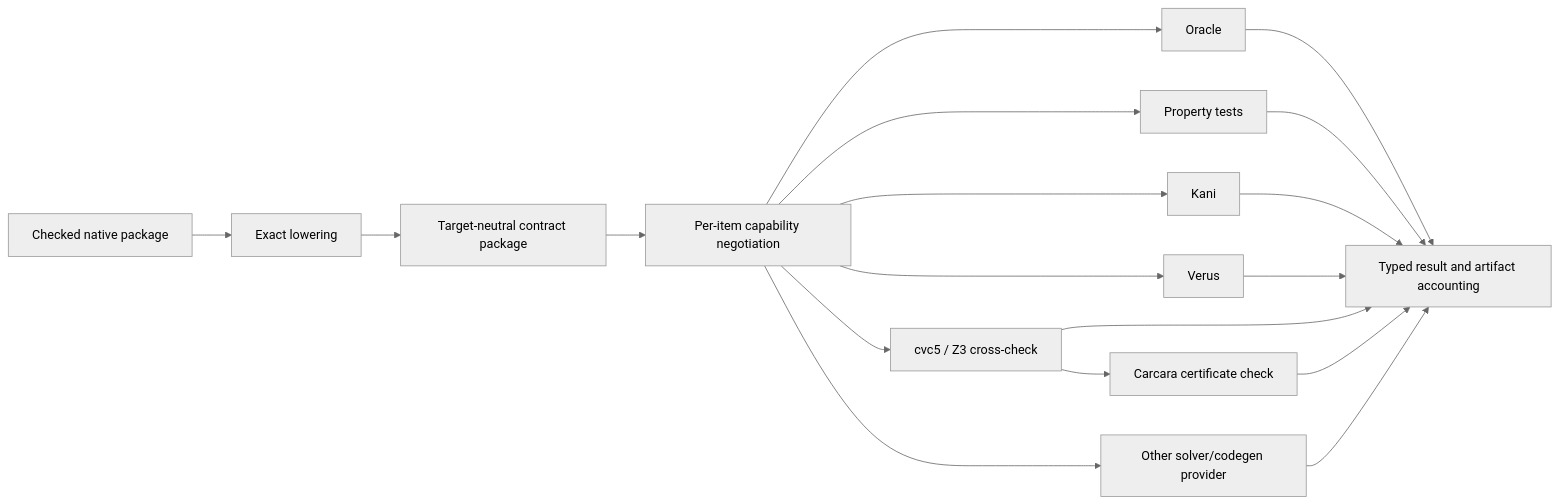
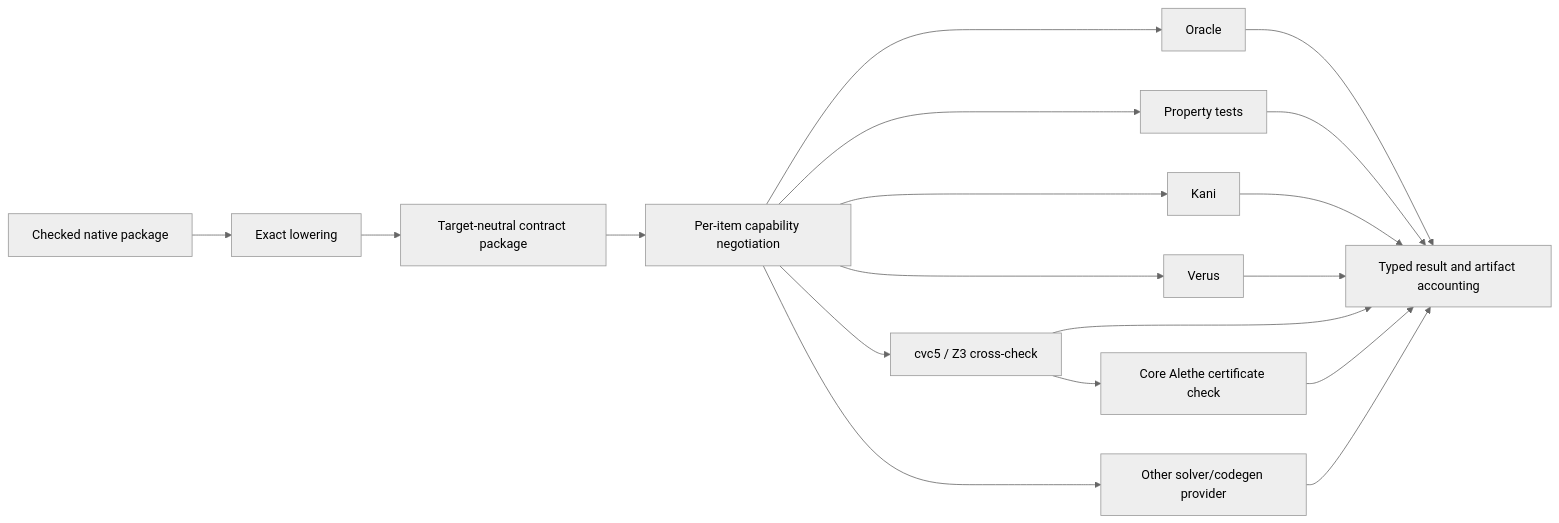
One commit to agent-ix/quire-specification changed the diagram in spec/assurance/AD-010-target-neutral-ir-backends.md. Above: the diagram before and after it, drawn with Mermaid (neutral theme). The commit also changed other lines of this file and 14 other files, not shown here.

````diff
--- a/spec/assurance/AD-010-target-neutral-ir-backends.md
+++ b/spec/assurance/AD-010-target-neutral-ir-backends.md
@@ -43,20 +44,20 @@
 ```mermaid
 flowchart LR
   N[Checked native package] --> L[Exact lowering]
   L --> I[Target-neutral contract package]
   I --> Q[Per-item capability negotiation]
   Q --> O[Oracle]
   Q --> P[Property tests]
   Q --> K[Kani]
   Q --> M[cvc5 / Z3 cross-check]
   Q --> V2[Verus]
   Q --> S[Other solver/codegen provider]
-  M --> C[Carcara certificate check]
+  M --> C[Core Alethe certificate check]
   O --> R[Typed result and artifact accounting]
   P --> R
   K --> R
   V2 --> R
   M --> R
   C --> R
   S --> R
 ```
````
